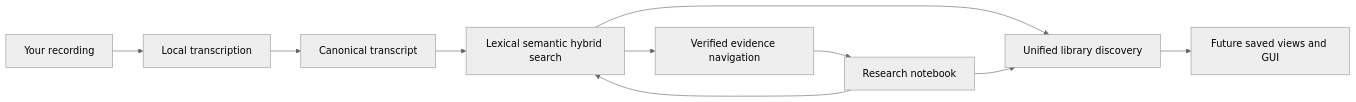
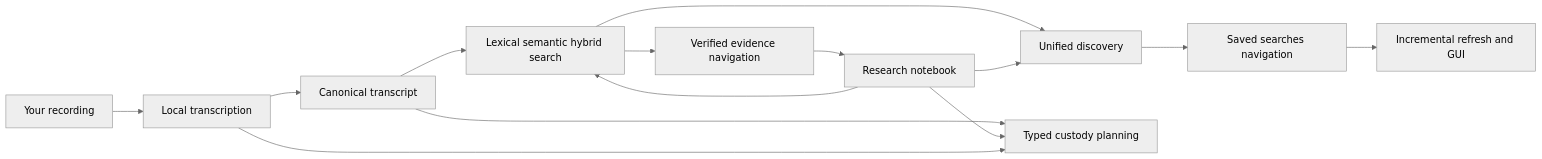
One commit to SSD1805/EchoFlow changed the diagram in docs/README.md. Above: the diagram before and after it, drawn with Mermaid (neutral theme). The commit also changed other lines of this file and 13 other files, not shown here.

````diff
--- a/docs/README.md
+++ b/docs/README.md
@@ -122,12 +103,16 @@
 ```mermaid
 flowchart LR
     A[Your recording] --> B[Local transcription]
     B --> C[Canonical transcript]
     C --> D[Lexical semantic hybrid search]
     D --> E[Verified evidence navigation]
     E --> F[Research notebook]
     F --> D
-    D --> G[Unified library discovery]
+    D --> G[Unified discovery]
     F --> G
-    G --> H[Future saved views and GUI]
+    G --> H[Saved searches navigation]
+    C --> I[Typed custody planning]
+    F --> I
+    B --> I
+    H --> J[Incremental refresh and GUI]
 ```
````
